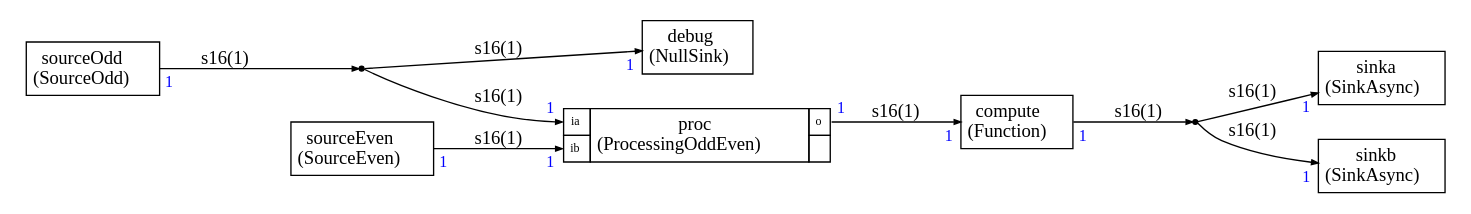
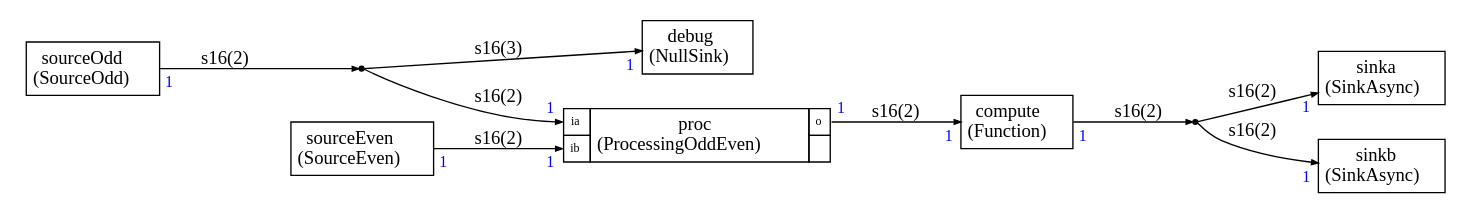
One commit to christophe0606/ComputeGraphYAML changed the diagram in gk/test.dot. Above: the diagram before and after it, drawn with Graphviz. The commit also changed 45 other files, not shown here.

Commit message:
Finished exporter / importer for graph. Added exporter / importer for code generation configuration. Added documentation about the YAML for configuration.

```diff
--- a/gk/test.dot
+++ b/gk/test.dot
@@ -1,125 +1,125 @@
 
 
 
 
 digraph structs {
     node [shape=plaintext]
     rankdir=LR
     edge [arrowsize=0.5]
     fontname="times"
 
 
 compute1 [label=<
 <TABLE BORDER="0" CELLBORDER="1" CELLSPACING="0" CELLPADDING="4">
   <TR>
     <TD ALIGN="CENTER" PORT="i">compute<BR/>(Function)</TD>
   </TR>
 </TABLE>>];
 
 debug [label=<
 <TABLE BORDER="0" CELLBORDER="1" CELLSPACING="0" CELLPADDING="4">
   <TR>
     <TD ALIGN="CENTER" PORT="i">debug<BR/>(NullSink)</TD>
   </TR>
 </TABLE>>];
 
 dup0 [shape=point,label=dup0]
 
 dup1 [shape=point,label=dup1]
 
 
 proc [label=<
 <TABLE BORDER="0" CELLBORDER="1" CELLSPACING="0" CELLPADDING="4">
   <TR>
     <TD PORT="ia"><FONT POINT-SIZE="9.0">ia</FONT></TD>
     <TD ALIGN="CENTER" ROWSPAN="2">proc<BR/>(ProcessingOddEven)</TD>
     <TD PORT="o"><FONT POINT-SIZE="9.0">o</FONT></TD>
   </TR>
 <TR>
 <TD PORT="ib"><FONT POINT-SIZE="9.0">ib</FONT></TD>
 
  
 <TD></TD></TR>
 
 </TABLE>>];
 
 sinka [label=<
 <TABLE BORDER="0" CELLBORDER="1" CELLSPACING="0" CELLPADDING="4">
   <TR>
     <TD ALIGN="CENTER" PORT="i">sinka<BR/>(SinkAsync)</TD>
   </TR>
 </TABLE>>];
 
 sinkb [label=<
 <TABLE BORDER="0" CELLBORDER="1" CELLSPACING="0" CELLPADDING="4">
   <TR>
     <TD ALIGN="CENTER" PORT="i">sinkb<BR/>(SinkAsync)</TD>
   </TR>
 </TABLE>>];
 
 sourceEven [label=<
 <TABLE BORDER="0" CELLBORDER="1" CELLSPACING="0" CELLPADDING="4">
   <TR>
     <TD ALIGN="CENTER" PORT="i">sourceEven<BR/>(SourceEven)</TD>
   </TR>
 </TABLE>>];
 
 sourceOdd [label=<
 <TABLE BORDER="0" CELLBORDER="1" CELLSPACING="0" CELLPADDING="4">
   <TR>
     <TD ALIGN="CENTER" PORT="i">sourceOdd<BR/>(SourceOdd)</TD>
   </TR>
 </TABLE>>];
 
 
 
-sourceEven:i -> proc:ib [label="s16(1)"
+sourceEven:i -> proc:ib [label="s16(2)"
 ,headlabel=<<TABLE BORDER="0" CELLPADDING="2"><TR><TD><FONT COLOR="blue" POINT-SIZE="12.0" >1</FONT>
 </TD></TR></TABLE>>
 ,taillabel=<<TABLE BORDER="0" CELLPADDING="2"><TR><TD><FONT COLOR="blue" POINT-SIZE="12.0" >1</FONT>
 </TD></TR></TABLE>>]
 
-proc:o -> compute1:i [label="s16(1)"
+proc:o -> compute1:i [label="s16(2)"
 ,headlabel=<<TABLE BORDER="0" CELLPADDING="2"><TR><TD><FONT COLOR="blue" POINT-SIZE="12.0" >1</FONT>
 </TD></TR></TABLE>>
 ,taillabel=<<TABLE BORDER="0" CELLPADDING="2"><TR><TD><FONT COLOR="blue" POINT-SIZE="12.0" >1</FONT>
 </TD></TR></TABLE>>]
 
 sourceOdd:i ->  
-dup0 [label="s16(1)"
+dup0 [label="s16(2)"
 
 ,taillabel=<<TABLE BORDER="0" CELLPADDING="2"><TR><TD><FONT COLOR="blue" POINT-SIZE="12.0" >1</FONT>
 </TD></TR></TABLE>>]
 
  
-dup0 -> proc:ia [label="s16(1)"
+dup0 -> proc:ia [label="s16(2)"
 ,headlabel=<<TABLE BORDER="0" CELLPADDING="2"><TR><TD><FONT COLOR="blue" POINT-SIZE="12.0" >1</FONT>
 </TD></TR></TABLE>>
 ]
 
  
-dup0 -> debug:i [label="s16(1)"
+dup0 -> debug:i [label="s16(3)"
 ,headlabel=<<TABLE BORDER="0" CELLPADDING="2"><TR><TD><FONT COLOR="blue" POINT-SIZE="12.0" >1</FONT>
 </TD></TR></TABLE>>
 ]
 
 compute1:i ->  
-dup1 [label="s16(1)"
+dup1 [label="s16(2)"
 
 ,taillabel=<<TABLE BORDER="0" CELLPADDING="2"><TR><TD><FONT COLOR="blue" POINT-SIZE="12.0" >1</FONT>
 </TD></TR></TABLE>>]
 
  
-dup1 -> sinka:i [label="s16(1)"
+dup1 -> sinka:i [label="s16(2)"
 ,headlabel=<<TABLE BORDER="0" CELLPADDING="2"><TR><TD><FONT COLOR="blue" POINT-SIZE="12.0" >1</FONT>
 </TD></TR></TABLE>>
 ]
 
  
-dup1 -> sinkb:i [label="s16(1)"
+dup1 -> sinkb:i [label="s16(2)"
 ,headlabel=<<TABLE BORDER="0" CELLPADDING="2"><TR><TD><FONT COLOR="blue" POINT-SIZE="12.0" >1</FONT>
 </TD></TR></TABLE>>
 ]
 
 
 }
```
